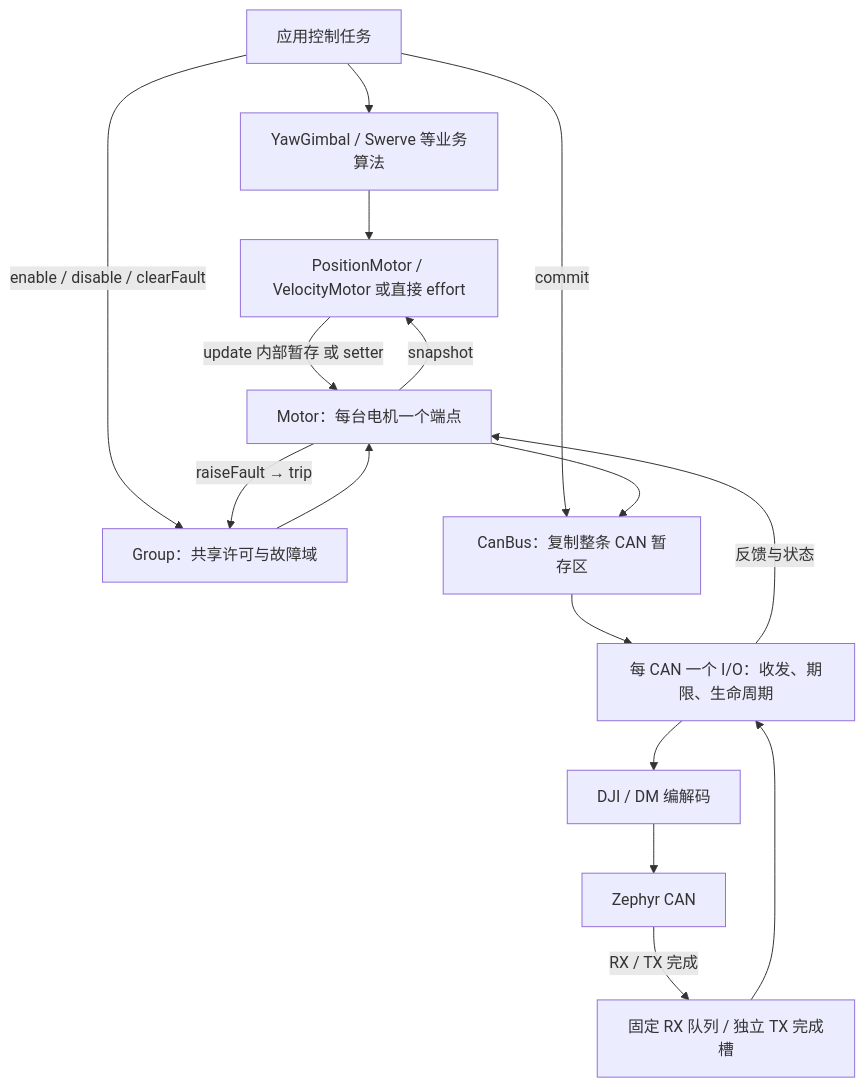
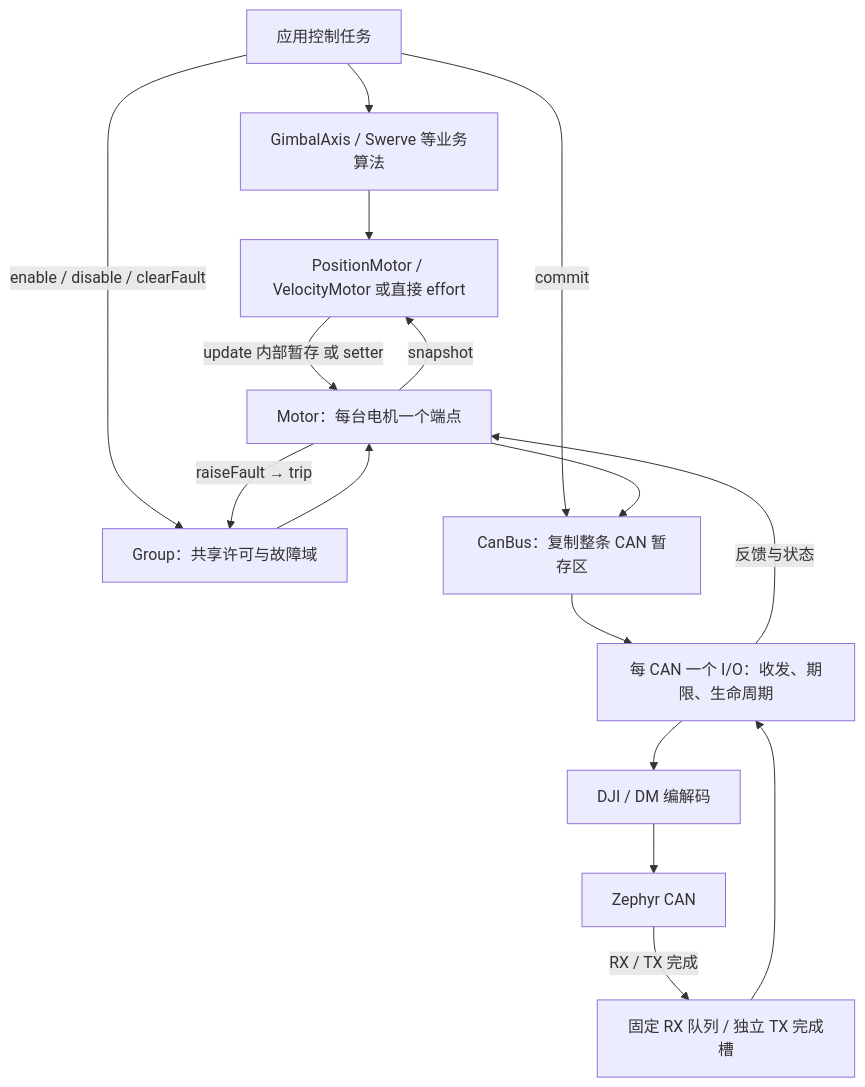
One commit to SHM-white/SkyWalker_General_Embedded_Code changed the first of 5 diagrams in docs/17-motor-workflow.md. Above: the diagram before and after it, drawn with Mermaid. The commit also changed other lines of this file and 24 other files, not shown here.

First line of the commit message:
Add GimbalAxis class for controlling gimbal motors

````diff
--- a/docs/17-motor-workflow.md
+++ b/docs/17-motor-workflow.md
@@ -19,18 +19,18 @@
 ```mermaid
 flowchart TD
-    App[应用控制任务] --> Robot[YawGimbal / Swerve 等业务算法]
+    App[应用控制任务] --> Robot[GimbalAxis / Swerve 等业务算法]
     Robot --> Ctrl[PositionMotor / VelocityMotor 或直接 effort]
     Ctrl -->|update 内部暂存 或 setter| Motor[Motor：每台电机一个端点]
     App -->|enable / disable / clearFault| Group[Group：共享许可与故障域]
     Group --> Motor
     App -->|commit| Pub[CanBus：复制整条 CAN 暂存区]
     Motor --> Pub
     Pub --> IO[每 CAN 一个 I/O：收发、期限、生命周期]
     IO --> Codec[DJI / DM 编解码]
     Codec --> CAN[Zephyr CAN]
     CAN -->|RX / TX 完成| Events[固定 RX 队列 / 独立 TX 完成槽]
     Events --> IO
     IO -->|反馈与状态| Motor
     Motor -->|snapshot| Ctrl
     Motor -->|raiseFault → trip| Group
 ```
````
